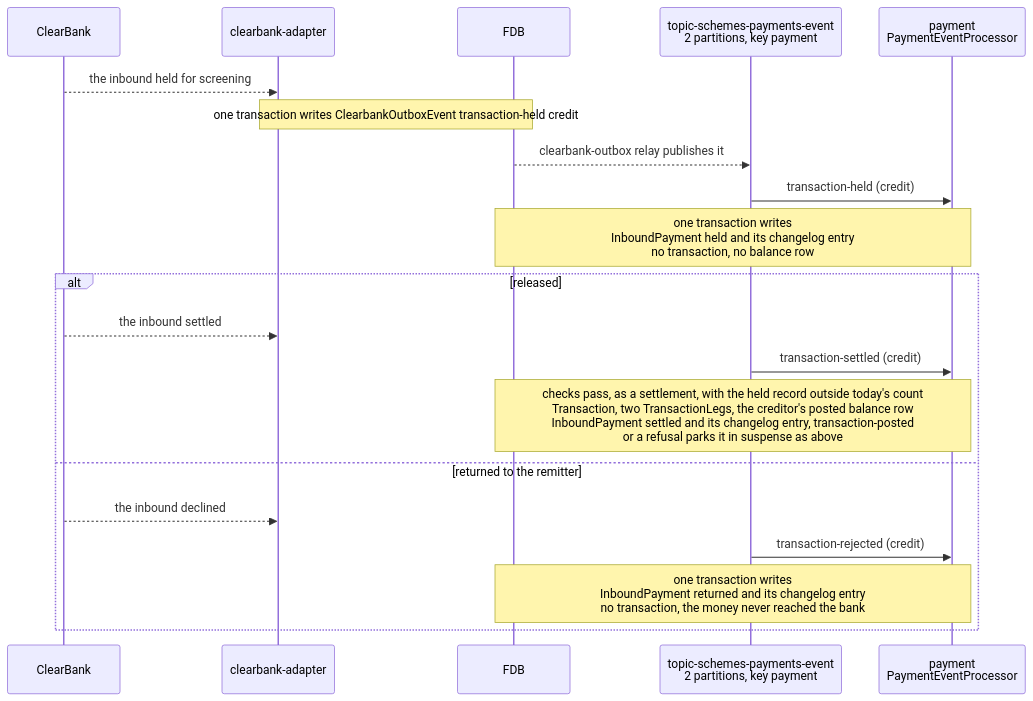
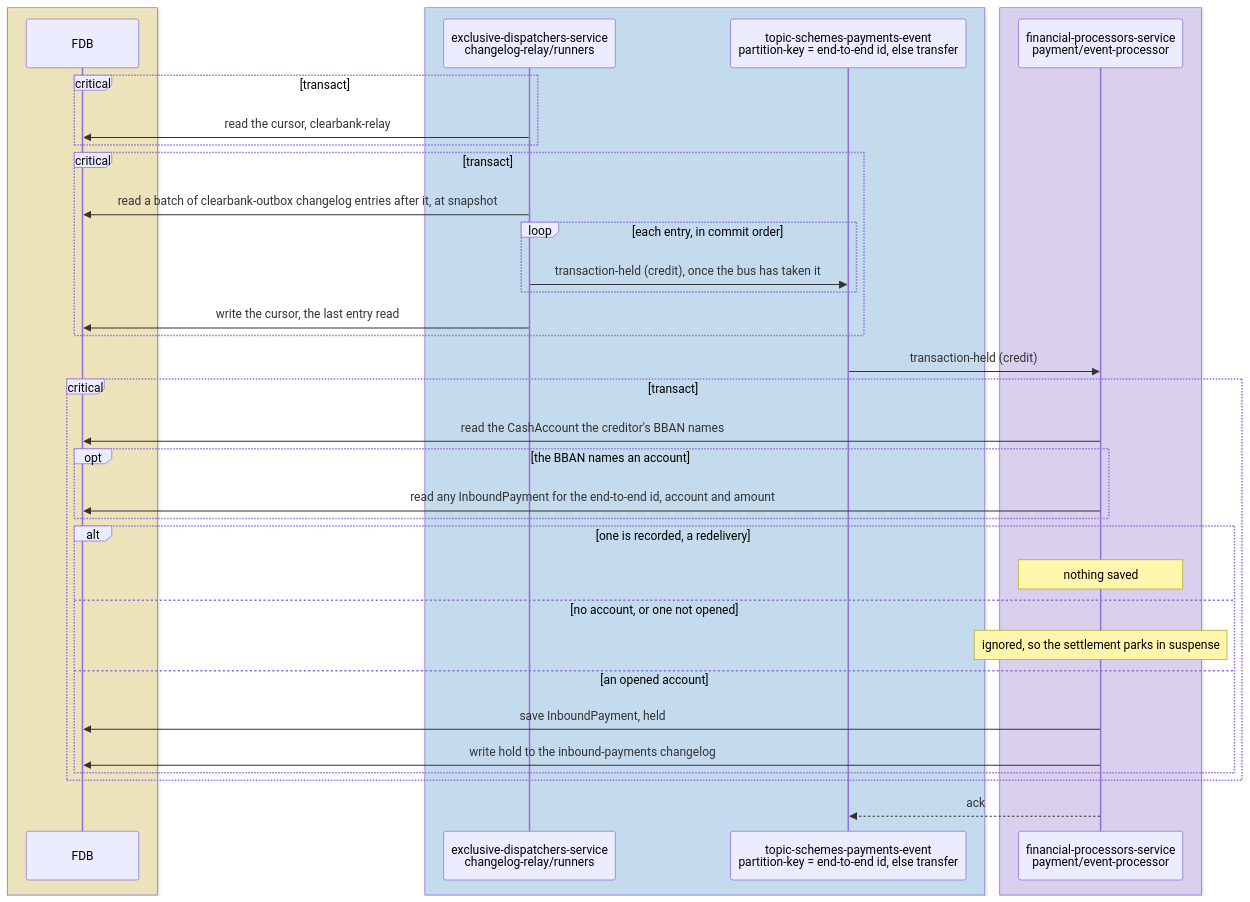
Before and after one commit to repldriven/queenswood: the seventh of 15 diagrams in docs/tdd/payments-inbound.md, drawn with Mermaid. The commit also changed other lines of this file and 3 other files, not shown here.

First line of the commit message:
Draw each FDB transaction as a commit to it, and name every participant as it is in the code (#822)

````diff
--- a/docs/tdd/payments-inbound.md
+++ b/docs/tdd/payments-inbound.md
@@ -130,22 +351,39 @@
 ```mermaid
 sequenceDiagram
-    participant PR as ClearBank
-    participant AD as clearbank-adapter
+    box rgba(255, 236, 153, 0.5)
     participant DB as FDB
-    participant SE as topic-schemes-payments-event<br/>2 partitions, key payment
-    participant PE as payment<br/>PaymentEventProcessor
-    PR-->>AD: the inbound held for screening
-    Note over AD,DB: one transaction writes ClearbankOutboxEvent transaction-held credit
-    DB-->>SE: clearbank-outbox relay publishes it
+    end
+    box rgba(165, 216, 255, 0.45)
+    participant OR as exclusive-dispatchers-service<br/>changelog-relay/runners
+    participant SE as topic-schemes-payments-event<br/>partition-key = end-to-end id, else transfer
+    end
+    box rgba(208, 191, 255, 0.45)
+    participant PE as financial-processors-service<br/>payment/event-processor
+    end
+    critical transact
+    OR->>DB: read the cursor, clearbank-relay
+    end
+    critical transact
+    OR->>DB: read a batch of clearbank-outbox changelog entries after it, at snapshot
+    loop each entry, in commit order
+    OR->>SE: transaction-held (credit), once the bus has taken it
+    end
+    OR->>DB: write the cursor, the last entry read
+    end
     SE->>PE: transaction-held (credit)
-    Note over PE,DB: one transaction writes<br/>InboundPayment held and its changelog entry<br/>no transaction, no balance row
-    alt released
-        PR-->>AD: the inbound settled
-        SE->>PE: transaction-settled (credit)
-        Note over PE,DB: checks pass, as a settlement, with the held record outside today's count<br/>Transaction, two TransactionLegs, the creditor's posted balance row<br/>InboundPayment settled and its changelog entry, transaction-posted<br/>or a refusal parks it in suspense as above
-    else returned to the remitter
-        PR-->>AD: the inbound declined
-        SE->>PE: transaction-rejected (credit)
-        Note over PE,DB: one transaction writes<br/>InboundPayment returned and its changelog entry<br/>no transaction, the money never reached the bank
+    critical transact
+    PE->>DB: read the CashAccount the creditor's BBAN names
+    opt the BBAN names an account
+    PE->>DB: read any InboundPayment for the end-to-end id, account and amount
     end
+    alt one is recorded, a redelivery
+    Note over PE: nothing saved
+    else no account, or one not opened
+    Note over PE: ignored, so the settlement parks in suspense
+    else an opened account
+    PE->>DB: save InboundPayment, held
+    PE->>DB: write hold to the inbound-payments changelog
+    end
+    end
+    PE-->>SE: ack
 ```
````
